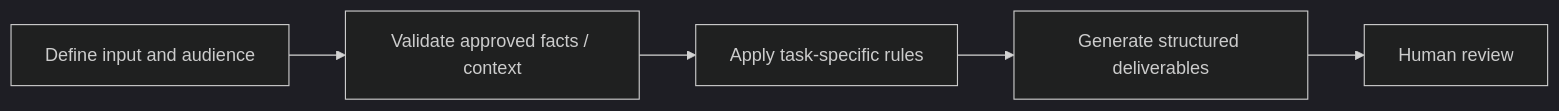
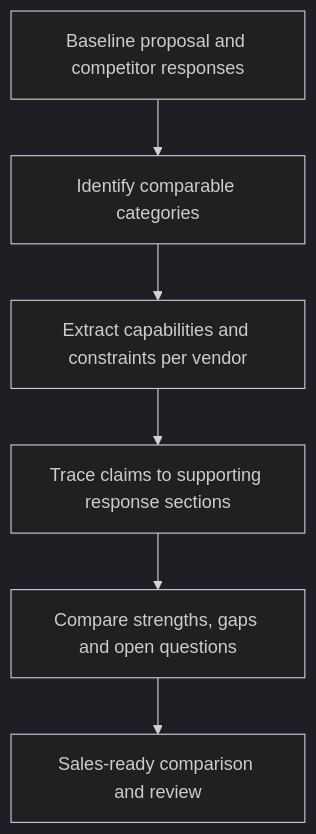
Before and after one commit to jtwood7/ai-growth-automation-portfolio: the diagram in sales/competitive-rfp-analysis.md, drawn with Mermaid (dark theme). The commit also changed other lines of this file, not shown here.

Commit message:
Make sales enablement case study concise and commercially focused

````diff
--- a/sales/competitive-rfp-analysis.md
+++ b/sales/competitive-rfp-analysis.md
@@ -11,7 +11,8 @@
 ```mermaid
-flowchart LR
- A["Define input and audience"] --> B["Validate approved facts / context"]
- B --> C["Apply task-specific rules"]
- C --> D["Generate structured deliverables"]
- D --> E["Human review"]
+flowchart TD
+ A["Baseline proposal and competitor responses"] --> B["Identify comparable categories"]
+ B --> C["Extract capabilities and constraints per vendor"]
+ C --> D["Trace claims to supporting response sections"]
+ D --> E["Compare strengths, gaps and open questions"]
+ E --> F["Sales-ready comparison and review"]
 ```
````
